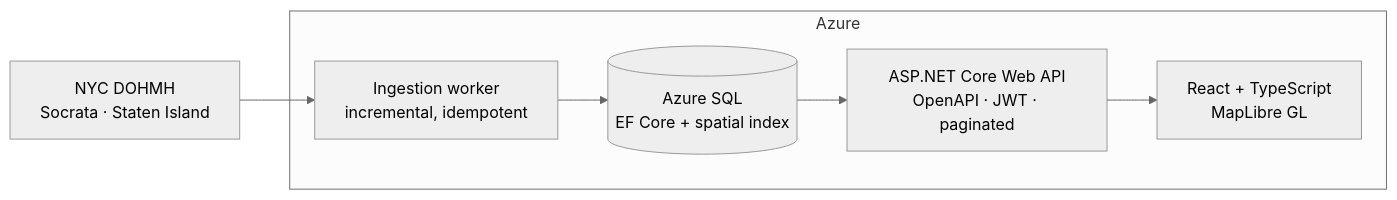
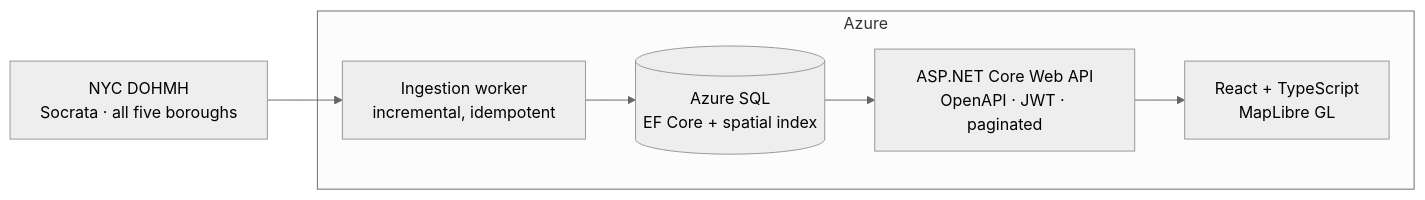
One commit to seaborndan/freshline changed the diagram in README.md. Above: the diagram before and after it, drawn with Mermaid (neutral theme). The commit also changed other lines of this file and 4 other files, not shown here.

First line of the commit message:
docs: consolidate M4 -- ADR-0005, README, roadmap and the engineering log

````diff
--- a/README.md
+++ b/README.md
@@ -64,17 +67,17 @@
 ```mermaid
 flowchart LR
-    NYC["NYC DOHMH<br/>Socrata · Staten Island"]
+    NYC["NYC DOHMH<br/>Socrata · all five boroughs"]
 
     NYC --> ING
 
     subgraph Azure
         ING[Ingestion worker<br/>incremental, idempotent]
         DB[(Azure SQL<br/>EF Core + spatial index)]
         API[ASP.NET Core Web API<br/>OpenAPI · JWT · paginated]
         WEB[React + TypeScript<br/>MapLibre GL]
 
         ING --> DB
         DB --> API
         API --> WEB
     end
 ```
````
